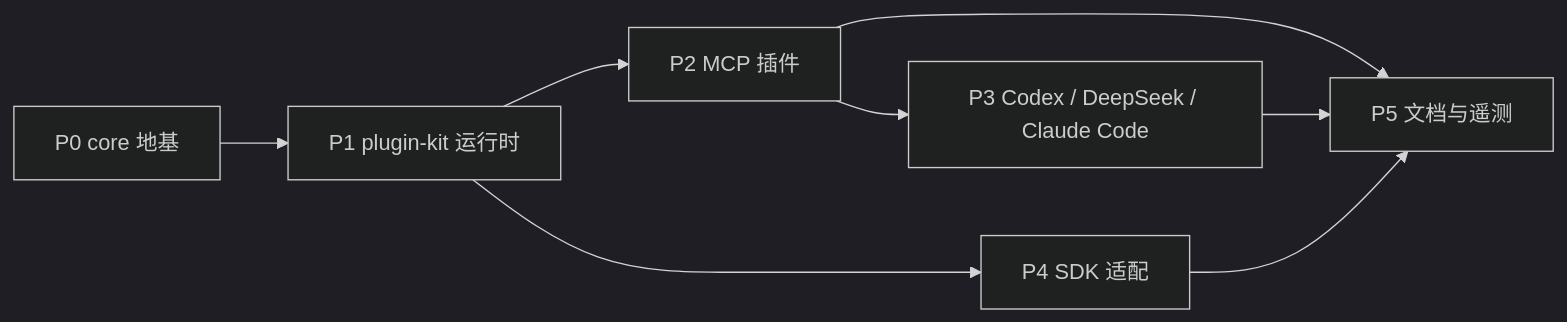
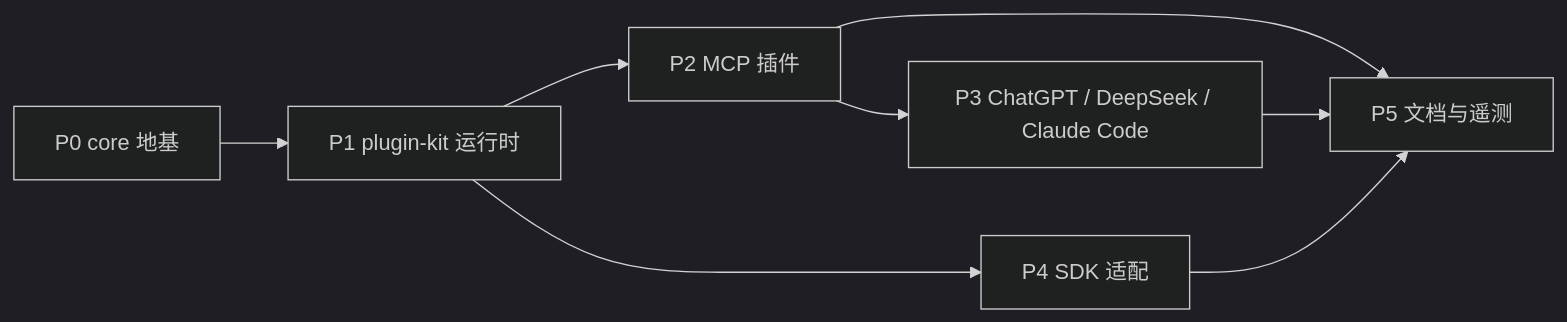
Before and after one commit to chaos-design/arcs: the diagram in docs/roadmap.md, drawn with Mermaid (dark theme). The commit also changed other lines of this file and 64 other files, not shown here.

````diff
--- a/docs/roadmap.md
+++ b/docs/roadmap.md
@@ -16,10 +16,10 @@
 ```mermaid
 flowchart LR
   P0["P0 core 地基"] --> P1["P1 plugin-kit 运行时"]
   P1 --> P2["P2 MCP 插件"]
-  P2 --> P3["P3 Codex / DeepSeek / Claude Code"]
+  P2 --> P3["P3 ChatGPT / DeepSeek / Claude Code"]
   P1 --> P4["P4 SDK 适配"]
   P2 --> P5["P5 文档与遥测"]
   P3 --> P5
   P4 --> P5
 ```
````
